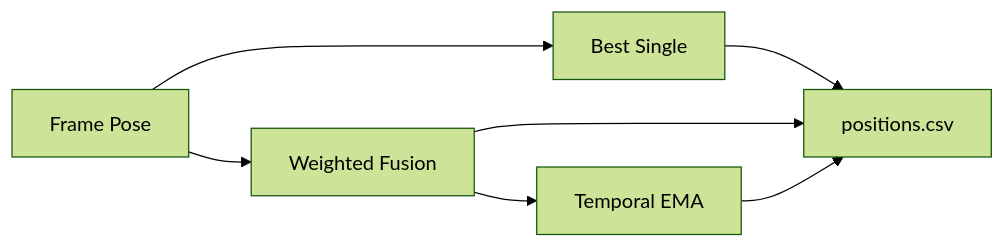
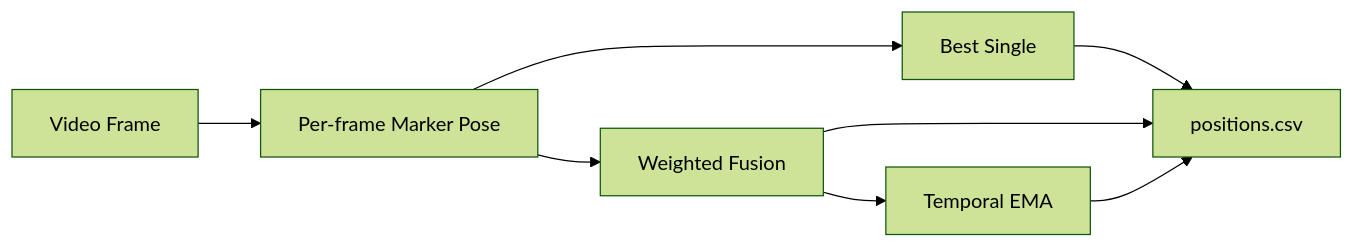
One commit to JIWOO1127/machine-vision1 changed the ninth of 20 diagrams in ArUco/README.md. Above: the diagram before and after it, drawn with Mermaid (forest theme). The commit also changed other lines of this file, not shown here.

````diff
--- a/ArUco/README.md
+++ b/ArUco/README.md
@@ -556,10 +556,10 @@
 ```mermaid
 flowchart LR
-    P["Frame Pose"] --> S["Best Single"]
+    V["Video Frame"] --> P["Per-frame Marker Pose"]
+    P --> S["Best Single"]
     P --> F["Weighted Fusion"]
     F --> E["Temporal EMA"]
-
     S --> CSV["positions.csv"]
     F --> CSV
     E --> CSV
 ```
````
